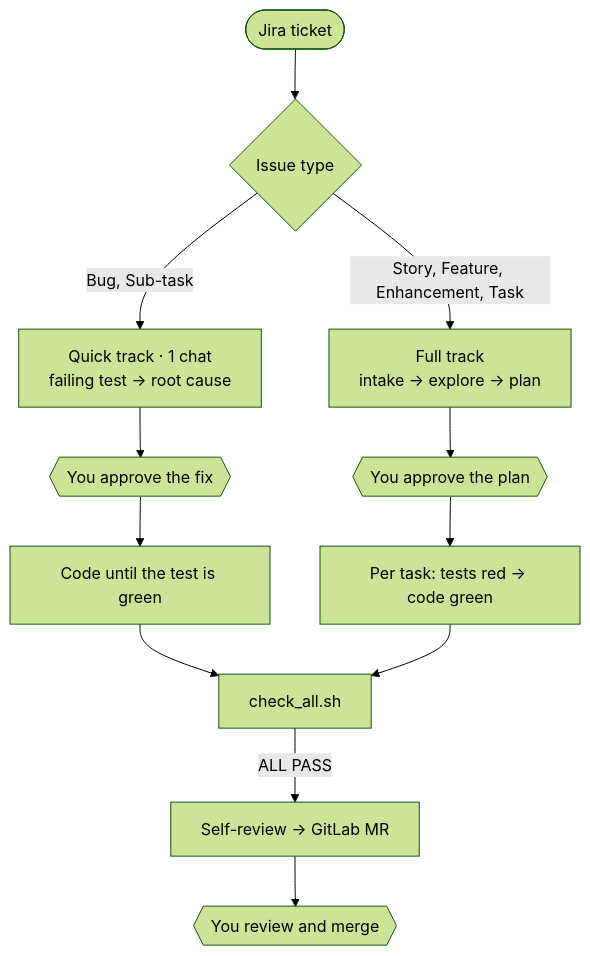
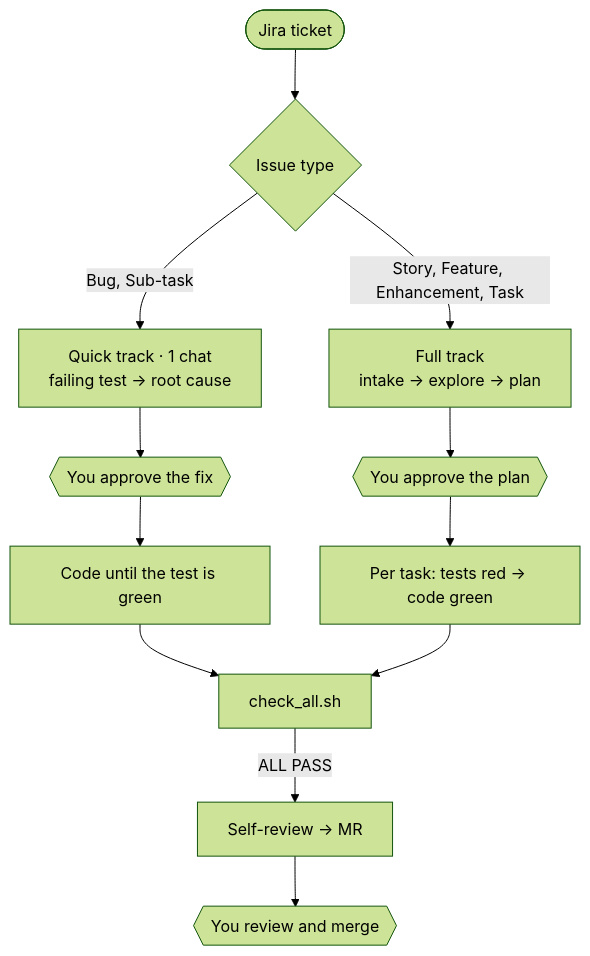
One commit to aniketshukla1/sdlc-kit changed the diagram in README.md. Above: the diagram before and after it, drawn with Mermaid (forest theme). The commit also changed other lines of this file and 14 other files, not shown here.

First line of the commit message:
Support GitHub as well as GitLab

````diff
--- a/README.md
+++ b/README.md
@@ -68,14 +68,14 @@
 ```mermaid
 flowchart TD
     T([Jira ticket]) --> K{Issue type}
     K -->|"Bug, Sub-task"| Q["Quick track · 1 chat<br/>failing test → root cause"]
     K -->|"Story, Feature, Enhancement, Task"| F["Full track<br/>intake → explore → plan"]
     Q --> A1{{You approve the fix}}
     F --> A2{{You approve the plan}}
     A1 --> R["Code until the test is green"]
     A2 --> B["Per task: tests red → code green"]
     R --> C["check_all.sh"]
     B --> C
-    C -->|ALL PASS| M["Self-review → GitLab MR"]
+    C -->|ALL PASS| M["Self-review → MR"]
     M --> Y{{You review and merge}}
 ```
````
